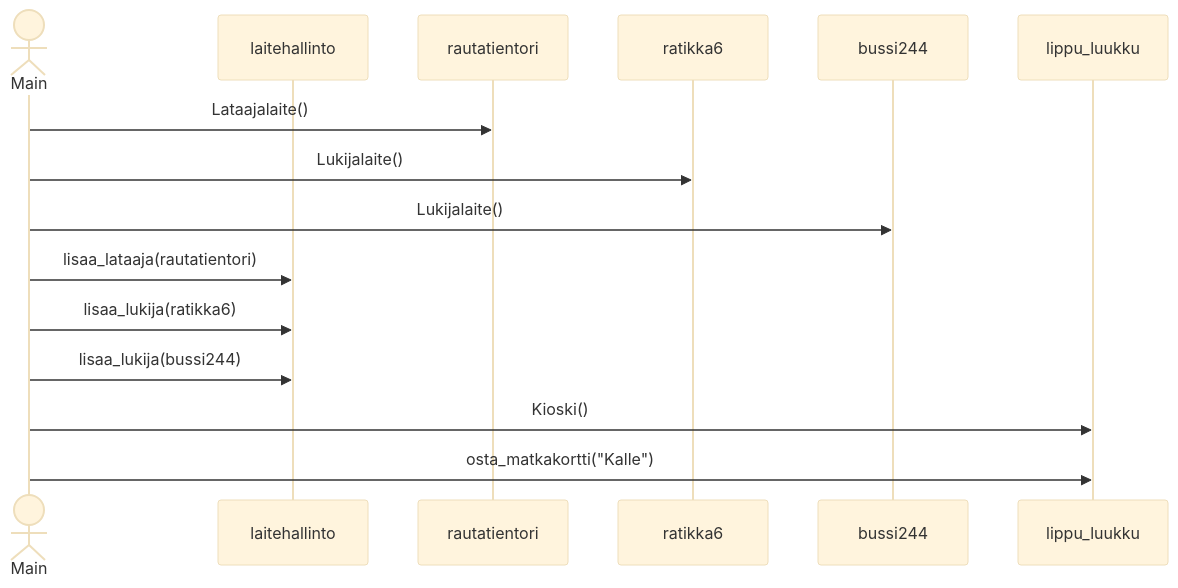
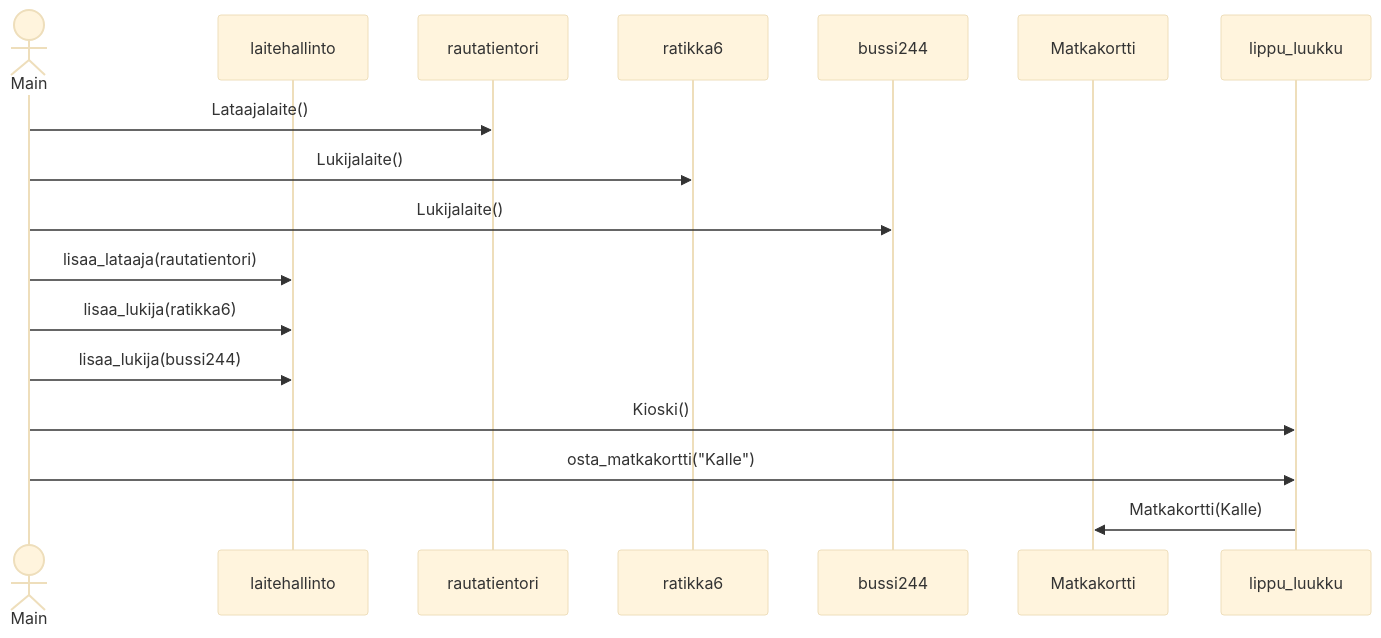
The diagram in laskarit/viikko3/sekvenssikaavio.md (Germuu/ot-harjoitusty-), drawn with Mermaid (base theme) before and after one commit.

````diff
--- a/laskarit/viikko3/sekvenssikaavio.md
+++ b/laskarit/viikko3/sekvenssikaavio.md
@@ -1,24 +1,27 @@
 ```mermaid
 sequenceDiagram
   actor Main
   participant laitehallinto
   participant rautatientori
   participant ratikka6
   participant bussi244
+  participant Matkakortti
   
   Main ->> rautatientori : Lataajalaite()
   Main ->> ratikka6: Lukijalaite()
   Main ->> bussi244: Lukijalaite()
 
   Main ->> laitehallinto : lisaa_lataaja(rautatientori)
   Main ->> laitehallinto : lisaa_lukija(ratikka6)
   Main ->> laitehallinto : lisaa_lukija(bussi244)
 
   Main ->> lippu_luukku : Kioski()
   Main ->> lippu_luukku : osta_matkakortti("Kalle")
+  lippu_luukku ->> Matkakortti : Matkakortti(Kalle)
+  
 
   
   
 
  
 ```
````
